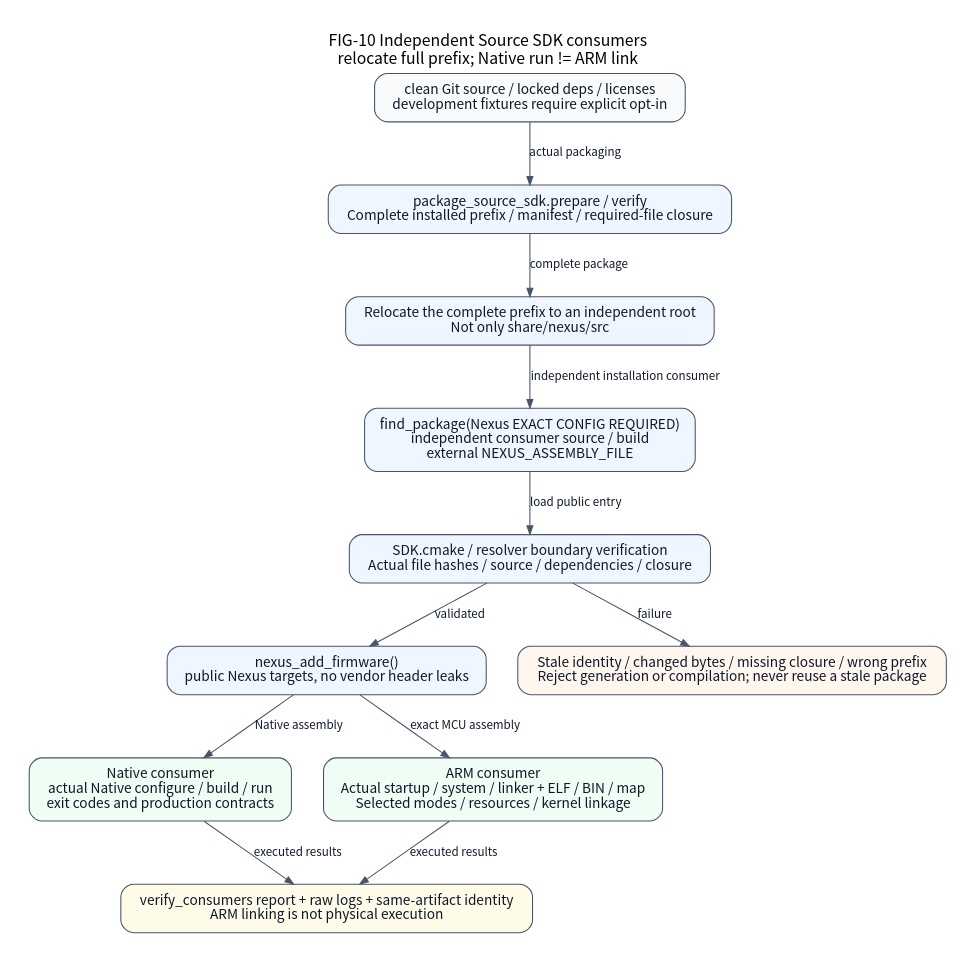
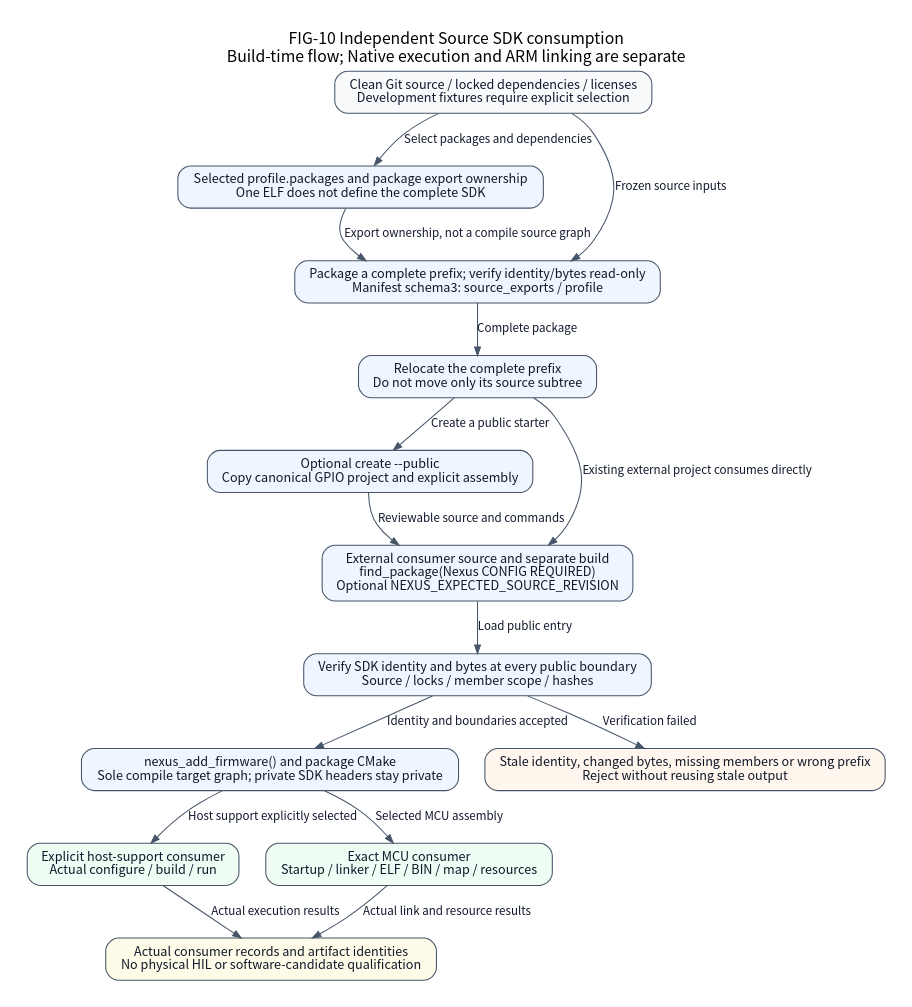
The diagram in docs/assets/diagrams/localized/en/source-sdk-consumer.dot (X-Gen-Lab/nexus), drawn with Graphviz before and after one commit. The commit also changed 614 other files, not shown here.

Commit message:
refactor(platform): assemble MCU packages from declarative facts

```diff
--- a/docs/assets/diagrams/localized/en/source-sdk-consumer.dot
+++ b/docs/assets/diagrams/localized/en/source-sdk-consumer.dot
@@ -1,36 +1,33 @@
-// FIG-10 current: source-backed, scoped engineering view.
-// Code basis: 0111c8d3b9c7b37d258b9c401070305b13b6f3a1.
-// Relations and qualification limits are documented in README.md.
+// Current scoped view. Build-time arrows and runtime calls are labeled explicitly.
+// Code basis: cmake/package/package_source_sdk.py; cmake/platform/SDK.cmake; tools/dev/projects.py; cmake/package/verify_consumers.py
 digraph SourceSdkConsumer {
-    graph [newrank=true, rankdir=TB, bgcolor="white", pad=0.28, nodesep=0.42,
-           ranksep=0.66, fontname="Noto Sans CJK SC", fontsize=15,
-           labelloc=t];
-    node [shape=box, style="rounded,filled", fillcolor="#eff6ff",
-          color="#475569", fontcolor="#0f172a", fontname="Noto Sans CJK SC",
-          fontsize=13, margin="0.18,0.12"];
-    edge [color="#475569", fontcolor="#0f172a",
-          fontname="Noto Sans CJK SC", fontsize=11, arrowsize=0.8];
-
-    graph [label="FIG-10 Independent Source SDK consumers\nrelocate full prefix; Native run != ARM link"];
-    source [label="clean Git source / locked deps / licenses\ndevelopment fixtures require explicit opt-in", fillcolor="#f8fafc"];
-    package [label="package_source_sdk.prepare / verify\nComplete installed prefix / manifest / required-file closure"];
-    move [label="Relocate the complete prefix to an independent root\nNot only share/nexus/src"];
-    consumer [label="find_package(Nexus EXACT CONFIG REQUIRED)\nindependent consumer source / build\nexternal NEXUS_ASSEMBLY_FILE"];
-    verify [label="SDK.cmake / resolver boundary verification\nActual file hashes / source / dependencies / closure"];
-    target [label="nexus_add_firmware()\npublic Nexus targets, no vendor header leaks"];
-    native [label="Native consumer\nactual Native configure / build / run\nexit codes and production contracts", fillcolor="#f0fdf4"];
-    arm [label="ARM consumer\nActual startup / system / linker + ELF / BIN / map\nSelected modes / resources / kernel linkage", fillcolor="#f0fdf4"];
-    reject [label="Stale identity / changed bytes / missing closure / wrong prefix\nReject generation or compilation; never reuse a stale package", fillcolor="#fff7ed"];
-    reports [label="verify_consumers report + raw logs + same-artifact identity\nARM linking is not physical execution", fillcolor="#fefce8"];
-    source -> package [label="actual packaging"];
-    package -> move [label="complete package"];
-    move -> consumer [label="independent installation consumer"];
-    consumer -> verify [label="load public entry"];
-    verify -> target [label="validated"];
-    verify -> reject [label="failure"];
-    target -> native [label="Native assembly"];
-    target -> arm [label="exact MCU assembly"];
-    native -> reports [label="executed results"];
-    arm -> reports [label="executed results"];
-    { rank=same; native; arm; }
+    graph [label="FIG-10 Independent Source SDK consumption\nBuild-time flow; Native execution and ARM linking are separate", rankdir=TB, bgcolor="white", pad=0.25, nodesep=0.35, ranksep=0.52, fontname="Noto Sans CJK SC", fontsize=15, labelloc=t];
+    node [shape=box, style="rounded,filled", fillcolor="#eff6ff", color="#475569", fontcolor="#0f172a", fontname="Noto Sans CJK SC", fontsize=12, margin="0.16,0.10"];
+    edge [color="#475569", fontcolor="#0f172a", fontname="Noto Sans CJK SC", fontsize=11, arrowsize=0.8];
+    source [label="Clean Git source / locked dependencies / licenses\nDevelopment fixtures require explicit selection", fillcolor="#f8fafc"];
+    scope [label="Selected profile.packages and package export ownership\nOne ELF does not define the complete SDK"];
+    package [label="Package a complete prefix; verify identity/bytes read-only\nManifest schema3: source_exports / profile"];
+    move [label="Relocate the complete prefix\nDo not move only its source subtree"];
+    creator [label="Optional create --public\nCopy canonical GPIO project and explicit assembly"];
+    consumer [label="External consumer source and separate build\nfind_package(Nexus CONFIG REQUIRED)\nOptional NEXUS_EXPECTED_SOURCE_REVISION"];
+    verify [label="Verify SDK identity and bytes at every public boundary\nSource / locks / member scope / hashes"];
+    target [label="nexus_add_firmware() and package CMake\nSole compile target graph; private SDK headers stay private"];
+    native [label="Explicit host-support consumer\nActual configure / build / run", fillcolor="#f0fdf4"];
+    arm [label="Exact MCU consumer\nStartup / linker / ELF / BIN / map / resources", fillcolor="#f0fdf4"];
+    reject [label="Stale identity, changed bytes, missing members or wrong prefix\nReject without reusing stale output", fillcolor="#fff7ed"];
+    reports [label="Actual consumer records and artifact identities\nNo physical HIL or software-candidate qualification", fillcolor="#fefce8"];
+    source -> scope [label="Select packages and dependencies"];
+    source -> package [label="Frozen source inputs"];
+    scope -> package [label="Export ownership, not a compile source graph"];
+    package -> move [label="Complete package"];
+    move -> creator [label="Create a public starter"];
+    creator -> consumer [label="Reviewable source and commands"];
+    move -> consumer [label="Existing external project consumes directly"];
+    consumer -> verify [label="Load public entry"];
+    verify -> target [label="Identity and boundaries accepted"];
+    verify -> reject [label="Verification failed"];
+    target -> native [label="Host support explicitly selected"];
+    target -> arm [label="Selected MCU assembly"];
+    native -> reports [label="Actual execution results"];
+    arm -> reports [label="Actual link and resource results"];
 }
```
